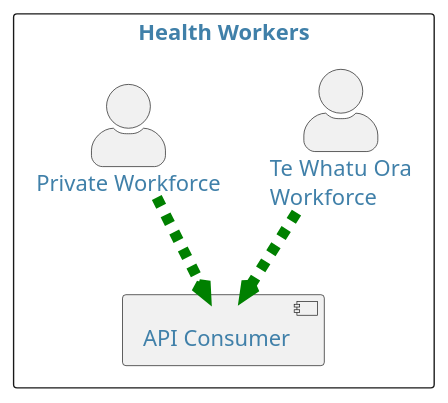
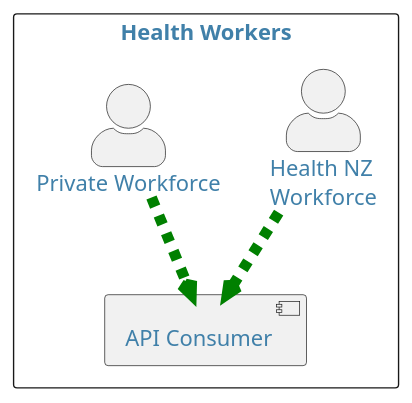
Before and after one commit to tewhatuora/api-standards: the fourth of 4 diagrams in docs/api-concepts/ComponentDefinitions.md, drawn with PlantUML. The commit also changed other lines of this file and 32 other files, not shown here.

````diff
--- a/docs/api-concepts/ComponentDefinitions.md
+++ b/docs/api-concepts/ComponentDefinitions.md
@@ -140,23 +140,23 @@
 ```plantuml alt="Diagram showing Health Worker API consumption"
 @startuml
 
 skinparam {
     defaultFontColor #4080a9
     defaultBackgroundColor #d7f8ff
     defaultComponentColour #61d9de
     defaultActorColour #61d9de
     defaultFontSize 16
     defaultArrowThickness 6
     actorStyle awesome
     linetype polyline
 }
 
 rectangle "Health Workers"  as HWF {
-    actor "Te Whatu Ora\nWorkforce" as TWOWF
+    actor "Health NZ\nWorkforce" as TWOWF
     actor "Private Workforce" as PW
     component "API Consumer" as AC
     TWOWF .[#green,dashed,thickness=8].> AC
     PW .[#green,dashed,thickness=8].> AC
 }
 @enduml
 ```
````
